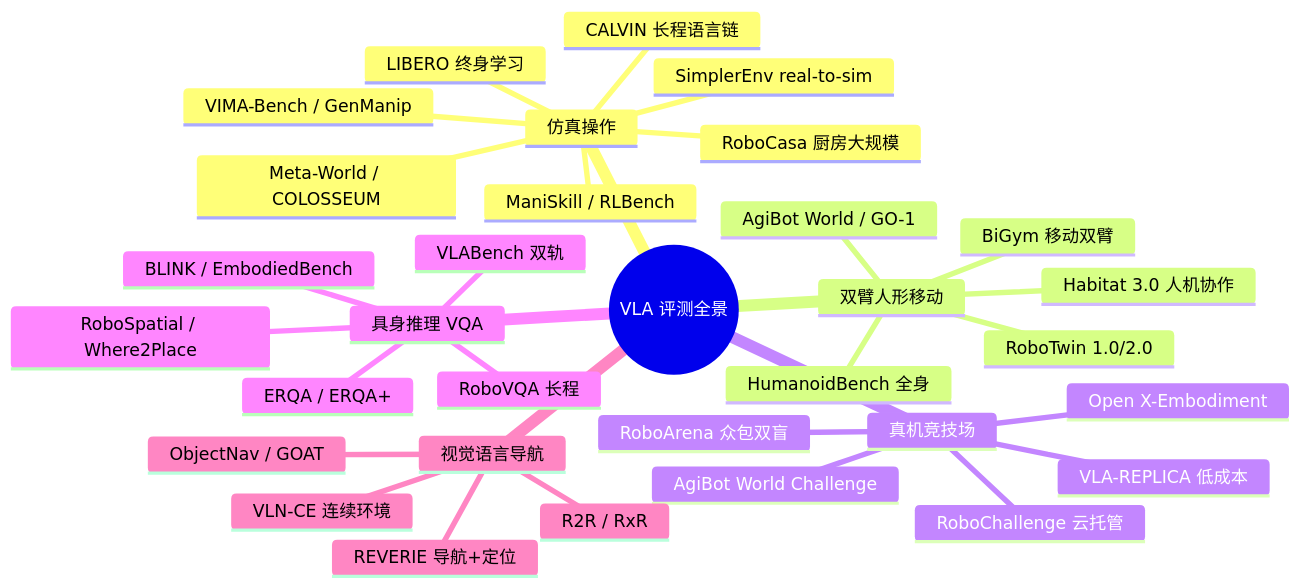
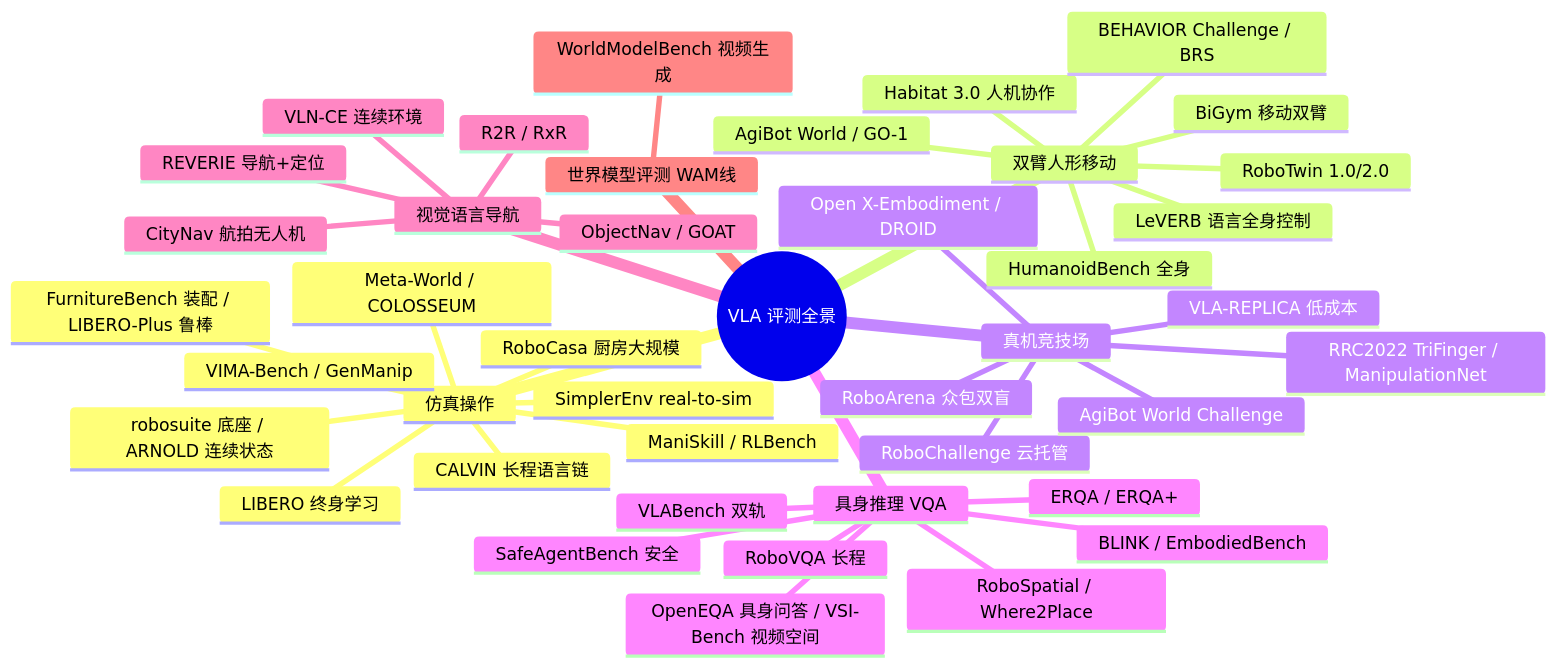
One commit to ZhuYun97/embodied-ai-learning changed the first of 2 diagrams in docs/vla/papers/benchmarks.md. Above: the diagram before and after it, drawn with Mermaid. The commit also changed other lines of this file, not shown here.

Commit message:
基准页扩充(修正:改到正确源文件 具身智能/papers/benchmarks.md):补 15 个本页未覆盖的真实基准(robosuite/ARNOLD/FurnitureBench/LIBERO-Plus·BEHAVIOR Challenge/BRS/LeVERB·DROID/RRC2022/ManipulationNet·OpenEQA/VSI-Bench/SafeAgentBench·CityNav·WorldModelBench),逐个核实 arXiv 一手源,自评⚠️/第三方✅;同步全景图+来源

````diff
--- a/docs/vla/papers/benchmarks.md
+++ b/docs/vla/papers/benchmarks.md
@@ -24,35 +24,45 @@
 ```mermaid
 mindmap
   root((VLA 评测全景))
     仿真操作
       SimplerEnv real-to-sim
       LIBERO 终身学习
       CALVIN 长程语言链
       RoboCasa 厨房大规模
       ManiSkill / RLBench
       Meta-World / COLOSSEUM
       VIMA-Bench / GenManip
+      robosuite 底座 / ARNOLD 连续状态
+      FurnitureBench 装配 / LIBERO-Plus 鲁棒
     双臂人形移动
       RoboTwin 1.0/2.0
       BiGym 移动双臂
       HumanoidBench 全身
       Habitat 3.0 人机协作
       AgiBot World / GO-1
+      BEHAVIOR Challenge / BRS
+      LeVERB 语言全身控制
     真机竞技场
       RoboArena 众包双盲
       RoboChallenge 云托管
       AgiBot World Challenge
-      Open X-Embodiment
+      Open X-Embodiment / DROID
       VLA-REPLICA 低成本
+      RRC2022 TriFinger / ManipulationNet
     具身推理 VQA
       ERQA / ERQA+
       RoboVQA 长程
       VLABench 双轨
       RoboSpatial / Where2Place
       BLINK / EmbodiedBench
+      OpenEQA 具身问答 / VSI-Bench 视频空间
+      SafeAgentBench 安全
     视觉语言导航
       R2R / RxR
       REVERIE 导航+定位
       VLN-CE 连续环境
       ObjectNav / GOAT
+      CityNav 航拍无人机
+    世界模型评测 WAM线
+      WorldModelBench 视频生成
 ```
````
